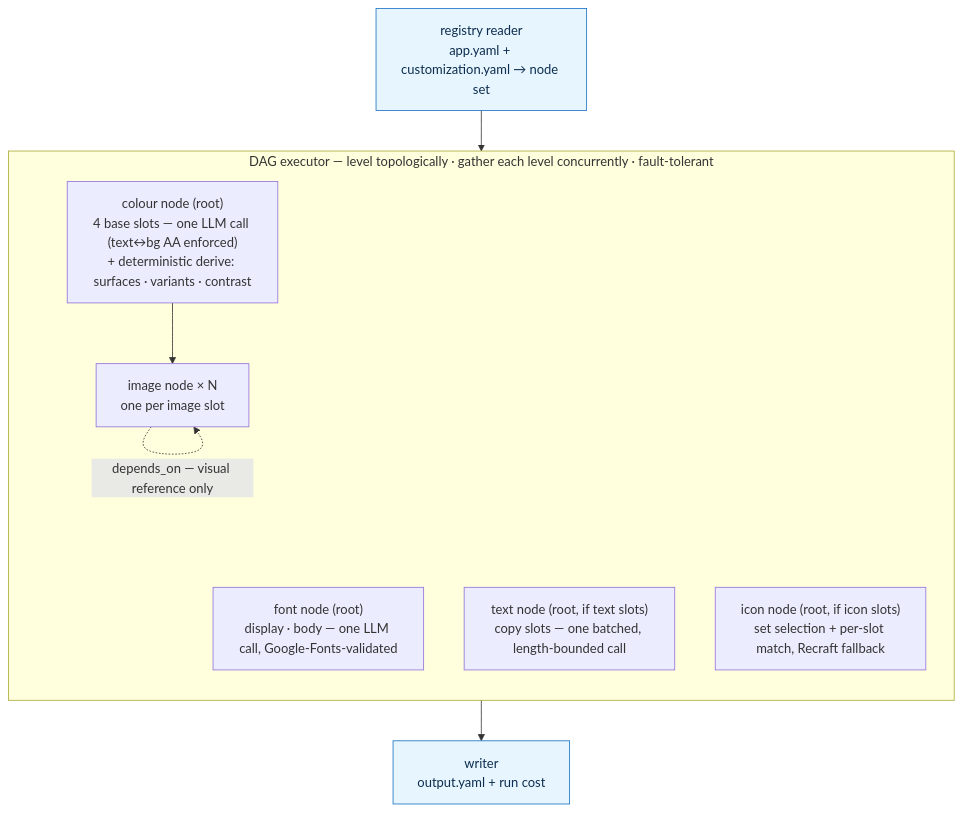
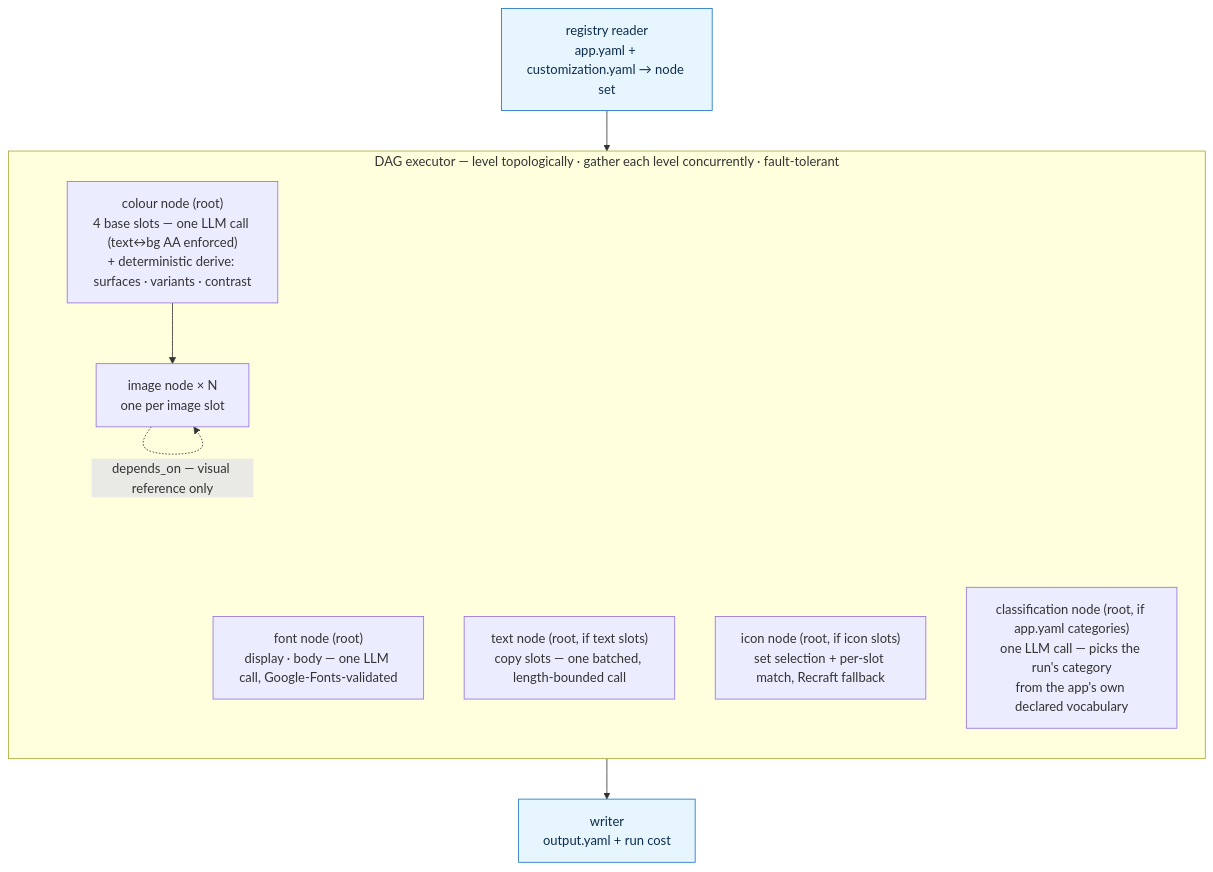
Before and after one commit to jesse51002/CombatDen: the first of 8 diagrams in ThemeService/README.md, drawn with Mermaid. The commit also changed other lines of this file and 491 other files, not shown here.

````diff
--- a/ThemeService/README.md
+++ b/ThemeService/README.md
@@ -43,22 +66,23 @@
 ```mermaid
 flowchart TD
   Reg["registry reader<br/>app.yaml + customization.yaml → node set"]
 
   subgraph sgExec["DAG executor — level topologically · gather each level concurrently · fault-tolerant"]
     direction TB
     Color["colour node (root)<br/>4 base slots — one LLM call (text↔bg AA enforced)<br/>+ deterministic derive: surfaces · variants · contrast"]
     Font["font node (root)<br/>display · body — one LLM call, Google-Fonts-validated"]
     Text["text node (root, if text slots)<br/>copy slots — one batched, length-bounded call"]
     Icon["icon node (root, if icon slots)<br/>set selection + per-slot match, Recraft fallback"]
+    Cat["classification node (root, if app.yaml categories)<br/>one LLM call — picks the run's category<br/>from the app's own declared vocabulary"]
     Images["image node × N<br/>one per image slot"]
     Color --> Images
     Images -. "depends_on — visual reference only" .-> Images
   end
 
   Writer["writer<br/>output.yaml + run cost"]
 
   Reg --> sgExec --> Writer
 
   classDef io fill:#e7f5ff,stroke:#1971c2,color:#0c2d4d
   class Reg,Writer io
 ```
````
